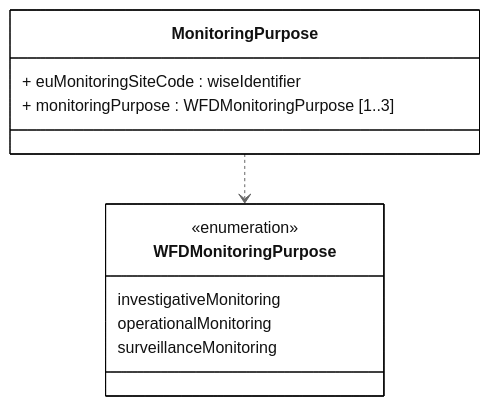
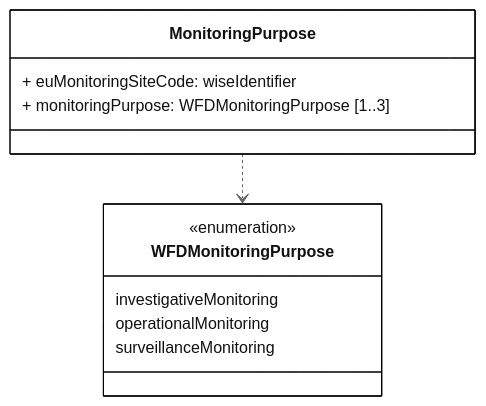
Before and after one commit to eeadata/WISE.WFD.Documentation: the diagram in docs/DataModelReview/mmd/Monitoring_4thCycle_MonitoringPurpose_ClassDiagram.mmd, drawn with Mermaid. The commit also changed 49 other files, not shown here.

```diff
--- a/docs/DataModelReview/mmd/Monitoring_4thCycle_MonitoringPurpose_ClassDiagram.mmd
+++ b/docs/DataModelReview/mmd/Monitoring_4thCycle_MonitoringPurpose_ClassDiagram.mmd
@@ -1,26 +1,26 @@
 ---
 config:
   class:
     hideEmptyMembersBox: true
   layout: dagre
   theme: neutral
 ---
 classDiagram
 direction TB
 
 class MonitoringPurpose{
-  + euMonitoringSiteCode : wiseIdentifier
-  + monitoringPurpose : WFDMonitoringPurpose [1..3]
+  + euMonitoringSiteCode: wiseIdentifier
+  + monitoringPurpose: WFDMonitoringPurpose [1..3]
 }
 
 class WFDMonitoringPurpose{
     <<enumeration>>
     investigativeMonitoring
     operationalMonitoring
     surveillanceMonitoring
     }     
 
 MonitoringPurpose ..> WFDMonitoringPurpose
 
 classDef default fill:white,stroke:#000;
 classDef forFixing fill:white,stroke:#f00;
```
